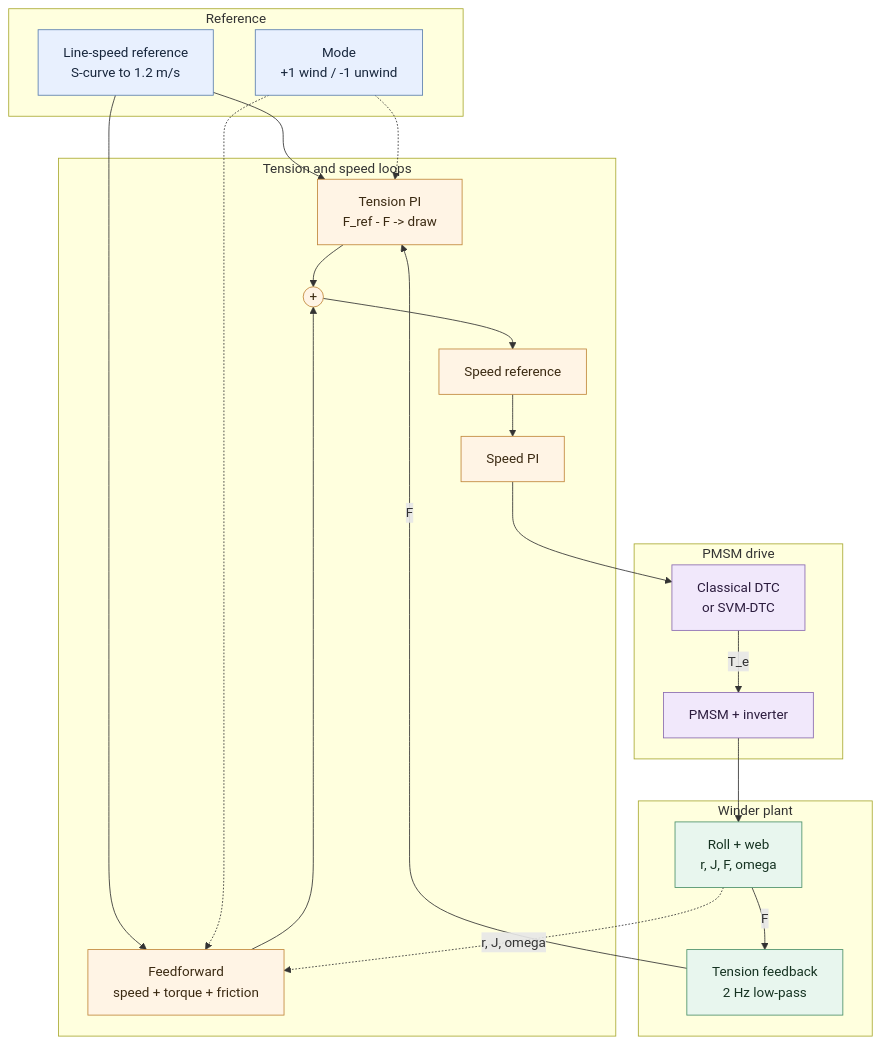
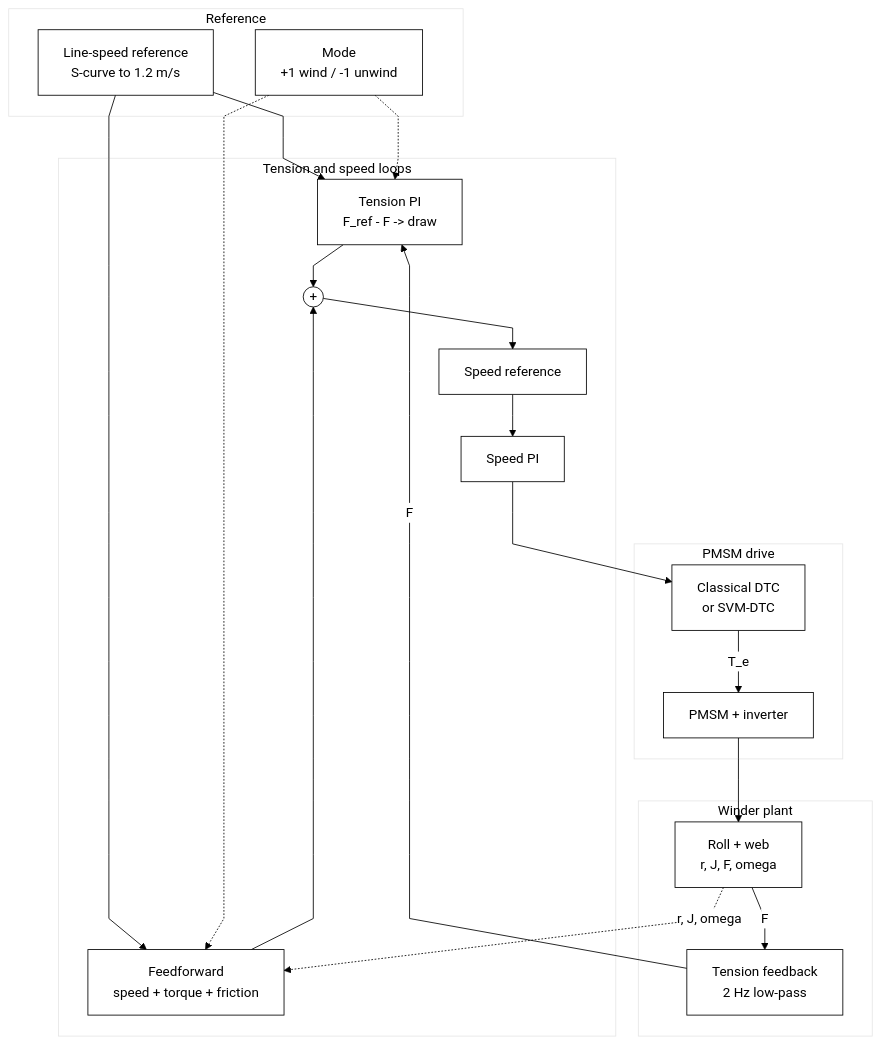
Before and after one commit to kunalkushwahatg/Direct-torque-control-of-PMSM-motor: the first of 2 diagrams in experiments/exp05_winder_mechanics/README.md, drawn with Mermaid. The commit also changed other lines of this file and 6 other files, not shown here.

Commit message:
Make Mermaid diagrams monochrome with straight edges

````diff
--- a/experiments/exp05_winder_mechanics/README.md
+++ b/experiments/exp05_winder_mechanics/README.md
@@ -62,49 +62,42 @@
 ```mermaid
+%%{init: {'theme': 'base', 'themeVariables': {'primaryColor': '#ffffff', 'primaryTextColor': '#000000', 'primaryBorderColor': '#000000', 'lineColor': '#000000', 'secondaryColor': '#ffffff', 'tertiaryColor': '#ffffff', 'fontFamily': 'Helvetica'}, 'flowchart': {'curve': 'linear'}} }%%
 flowchart TB
     subgraph REF["Reference"]
         L["Line-speed reference<br/>S-curve to 1.2 m/s"]
         MODE["Mode<br/>+1 wind / -1 unwind"]
     end
 
     subgraph LOOP["Tension and speed loops"]
         PI["Tension PI<br/>F_ref - F -> draw"]
         FF["Feedforward<br/>speed + torque + friction"]
         SUM(("+"))
         W["Speed reference"]
         SP["Speed PI"]
     end
 
     subgraph DRIVE["PMSM drive"]
         D["Classical DTC<br/>or SVM-DTC"]
         M["PMSM + inverter"]
     end
 
     subgraph PLANT["Winder plant"]
         R["Roll + web<br/>r, J, F, omega"]
         FB["Tension feedback<br/>2 Hz low-pass"]
     end
 
     L --> PI
     L --> FF
     MODE -.-> PI
     MODE -.-> FF
     PI --> SUM
     FF --> SUM
     SUM --> W
     W --> SP
     SP --> D
     D -->|"T_e"| M
     M --> R
     R -->|"F"| FB
     FB -->|"F"| PI
     R -. "r, J, omega" .-> FF
 
-    classDef ref fill:#e8f0fe,stroke:#5b7fae,color:#17263c;
-    classDef ctrl fill:#fff4e5,stroke:#c1873b,color:#3b2a12;
-    classDef drive fill:#f1e8fb,stroke:#8a6bb0,color:#2b1b3d;
-    classDef plant fill:#e8f6ee,stroke:#4c9169,color:#163322;
-    class L,MODE ref;
-    class PI,FF,SUM,W,SP ctrl;
-    class D,M drive;
-    class R,FB plant;
 ```
````
